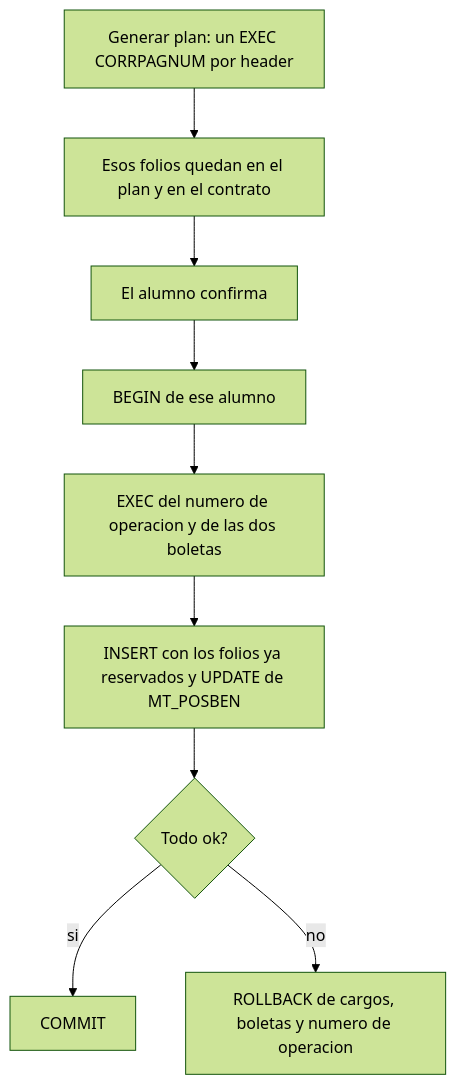
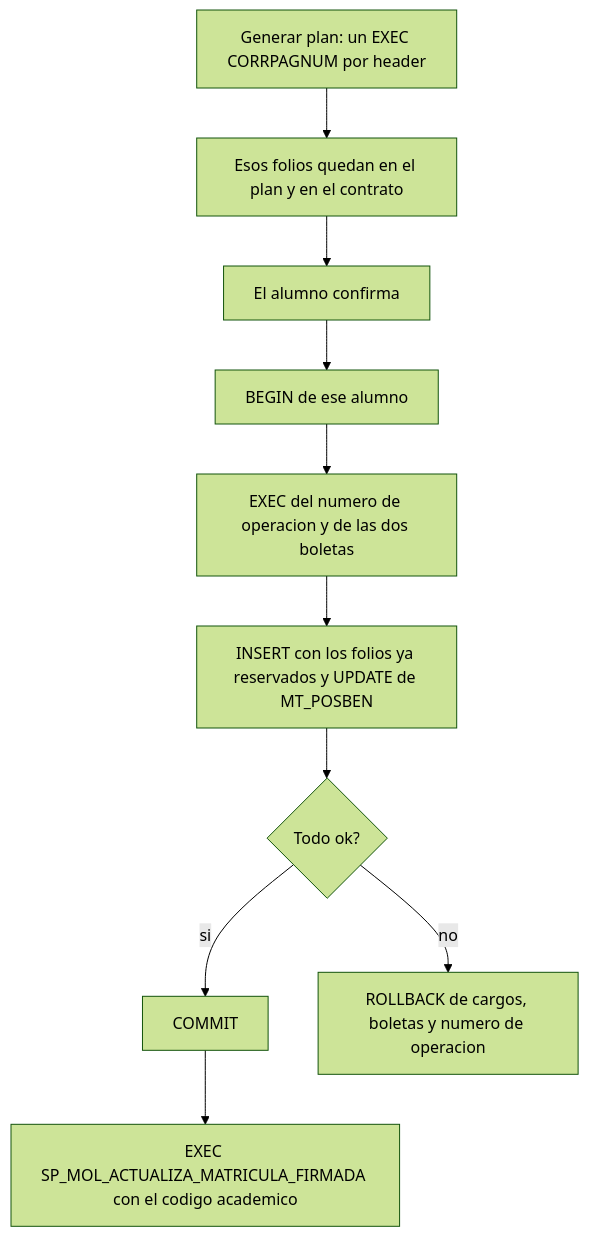
Before and after one commit to jpuniacc/mol-docker: the diagram in docs/SP a U+/grabacion-erp-sp-plan-pagos.md, drawn with Mermaid (forest theme). The commit also changed other lines of this file and 10 other files, not shown here.

````diff
--- a/docs/SP a U+/grabacion-erp-sp-plan-pagos.md
+++ b/docs/SP a U+/grabacion-erp-sp-plan-pagos.md
@@ -36,11 +36,12 @@
 ```mermaid
 flowchart TD
   generar["Generar plan: un EXEC CORRPAGNUM por header"] --> guarda["Esos folios quedan en el plan y en el contrato"]
   guarda --> confirma["El alumno confirma"]
   confirma --> tx["BEGIN de ese alumno"]
   tx --> nums["EXEC del numero de operacion y de las dos boletas"]
   nums --> filas["INSERT con los folios ya reservados y UPDATE de MT_POSBEN"]
   filas --> ok{"Todo ok?"}
   ok -->|si| commit["COMMIT"]
   ok -->|no| rollback["ROLLBACK de cargos, boletas y numero de operacion"]
+  commit --> ficha["EXEC SP_MOL_ACTUALIZA_MATRICULA_FIRMADA con el codigo academico"]
 ```
````
